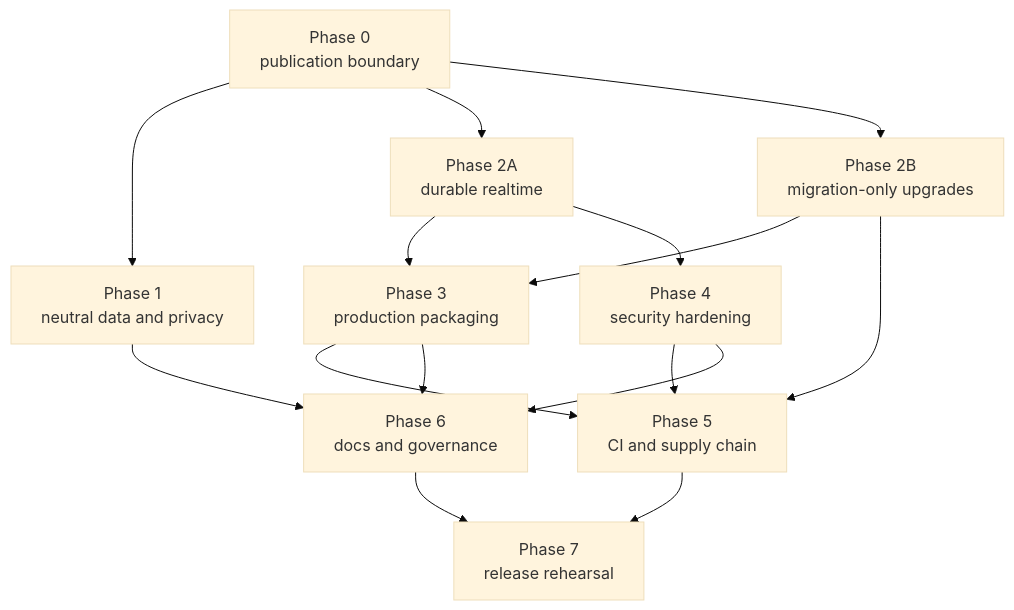
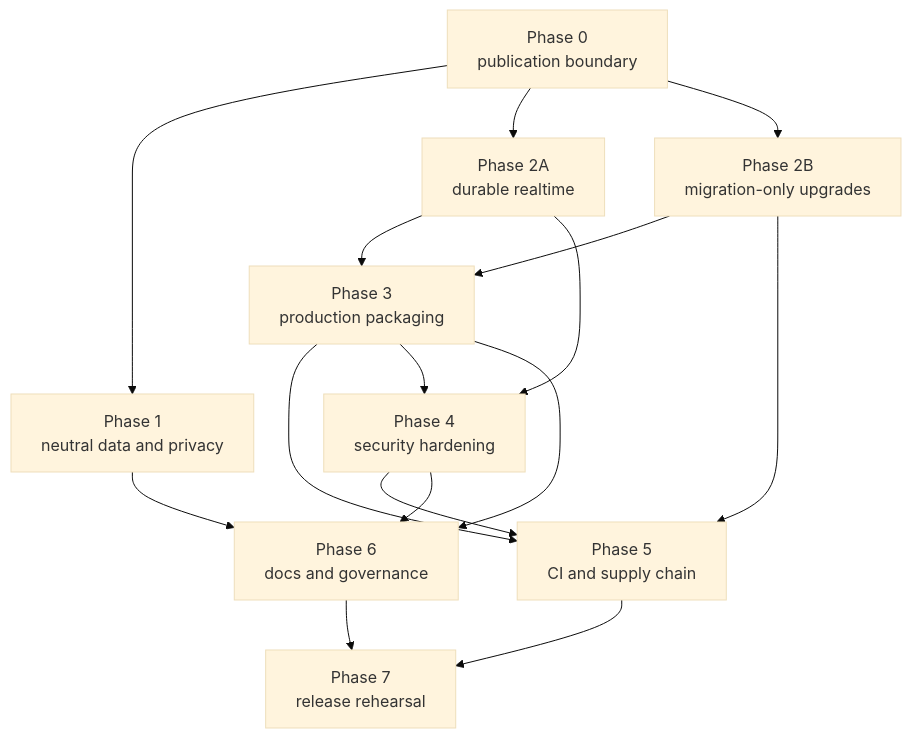
The third of 3 diagrams in docs/superpowers/plans/2026-08-09-open-source-readiness.md (Noveum/orbit), drawn with Mermaid (base theme) before and after one commit. The commit also changed other lines of this file, not shown here.

````diff
--- a/docs/superpowers/plans/2026-08-09-open-source-readiness.md
+++ b/docs/superpowers/plans/2026-08-09-open-source-readiness.md
@@ -1713,27 +1865,28 @@
 ```mermaid
 flowchart TD
   P0["Phase 0<br/>publication boundary"]
   P1["Phase 1<br/>neutral data and privacy"]
   P2A["Phase 2A<br/>durable realtime"]
   P2B["Phase 2B<br/>migration-only upgrades"]
   P3["Phase 3<br/>production packaging"]
   P4["Phase 4<br/>security hardening"]
   P5["Phase 5<br/>CI and supply chain"]
   P6["Phase 6<br/>docs and governance"]
   P7["Phase 7<br/>release rehearsal"]
 
   P0 --> P1
   P0 --> P2A
   P0 --> P2B
   P2A --> P3
   P2B --> P3
   P1 --> P6
   P2A --> P4
   P2B --> P5
   P3 --> P5
+  P3 --> P4
   P4 --> P5
   P3 --> P6
   P4 --> P6
   P5 --> P7
   P6 --> P7
 ```
````
